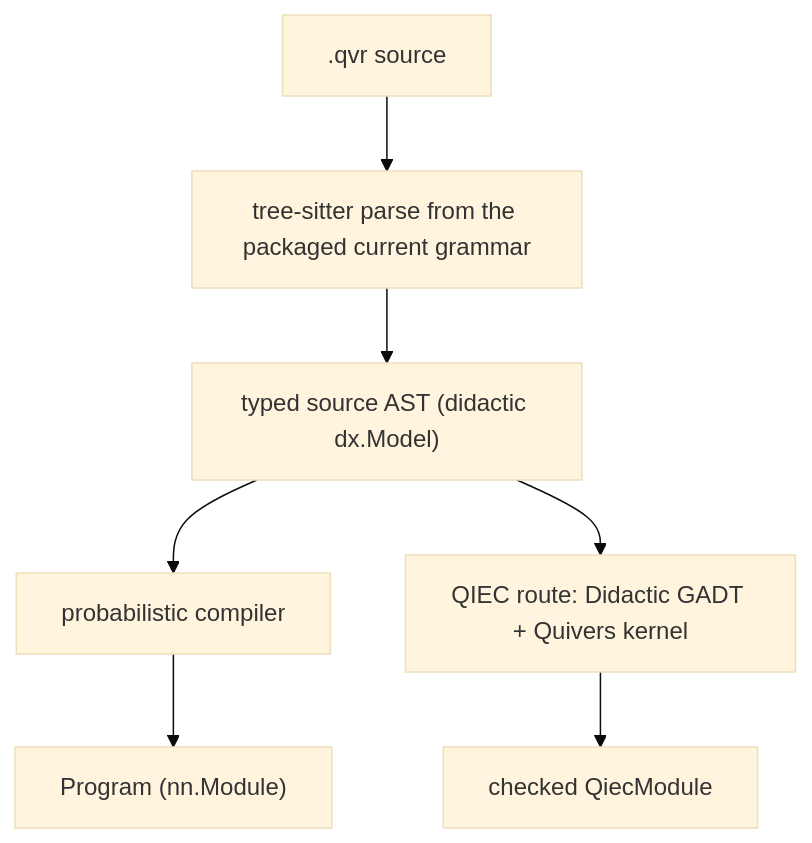
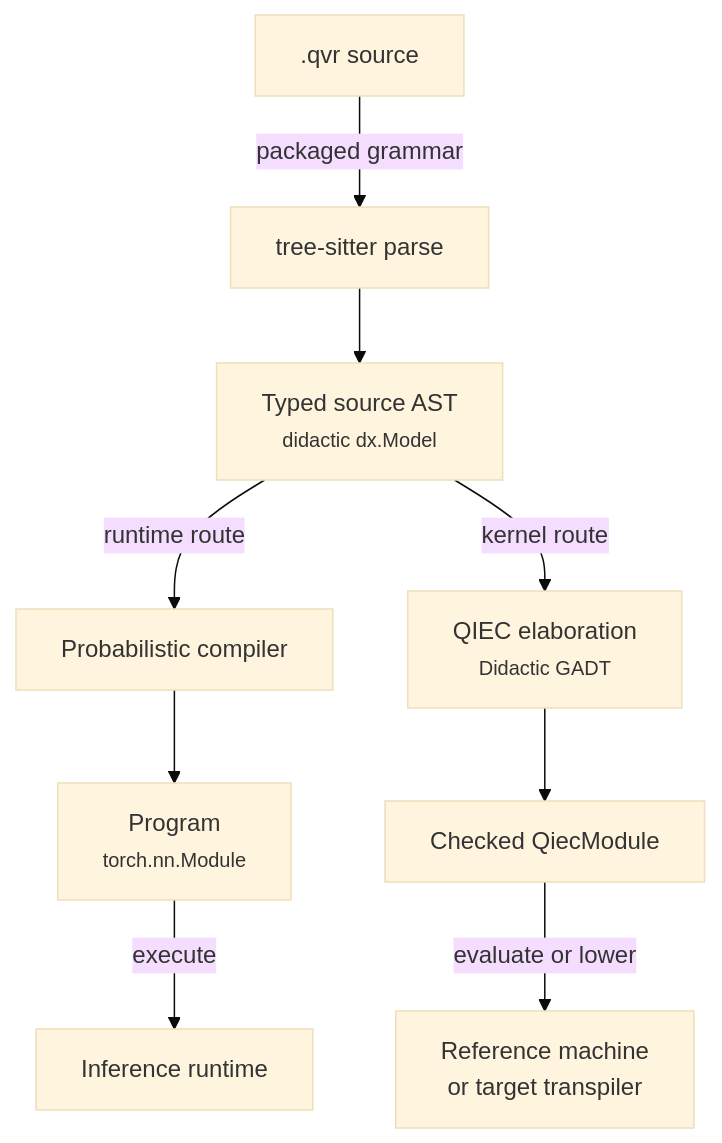
One commit to FACTSlab/quivers changed the diagram in docs/guides/dsl-overview.md. Above: the diagram before and after it, drawn with Mermaid (base theme). The commit also changed other lines of this file and 106 other files, not shown here.

````diff
--- a/docs/guides/dsl-overview.md
+++ b/docs/guides/dsl-overview.md
@@ -65,13 +65,11 @@
 ```mermaid
 flowchart TB
-    SRC[".qvr source"]
-    PARSE["tree-sitter parse from the packaged current grammar"]
-    AST["typed source AST (didactic dx.Model)"]
-    OLD["probabilistic compiler"]
-    QIEC["QIEC route: Didactic GADT + Quivers kernel"]
-    PROG["Program (nn.Module)"]
-    CORE["checked QiecModule"]
-    SRC --> PARSE --> AST
-    AST --> OLD --> PROG
-    AST --> QIEC --> CORE
+    SRC[".qvr source"] -->|packaged grammar| PARSE["tree-sitter parse"] --> AST["Typed source AST<br/><small>didactic dx.Model</small>"]
+    AST -->|runtime route| COMPILER["Probabilistic compiler"] --> PROG["Program<br/><small>torch.nn.Module</small>"]
+    AST -->|kernel route| ELAB["QIEC elaboration<br/><small>Didactic GADT</small>"] --> CORE["Checked QiecModule"]
+    PROG -->|execute| RUN["Inference runtime"]
+    CORE -->|evaluate or lower| PORTABLE["Reference machine<br/>or target transpiler"]
+    class SRC qv-input
+    class PARSE,AST,COMPILER,ELAB,CORE qv-checked
+    class PROG,RUN,PORTABLE qv-output
 ```
````
